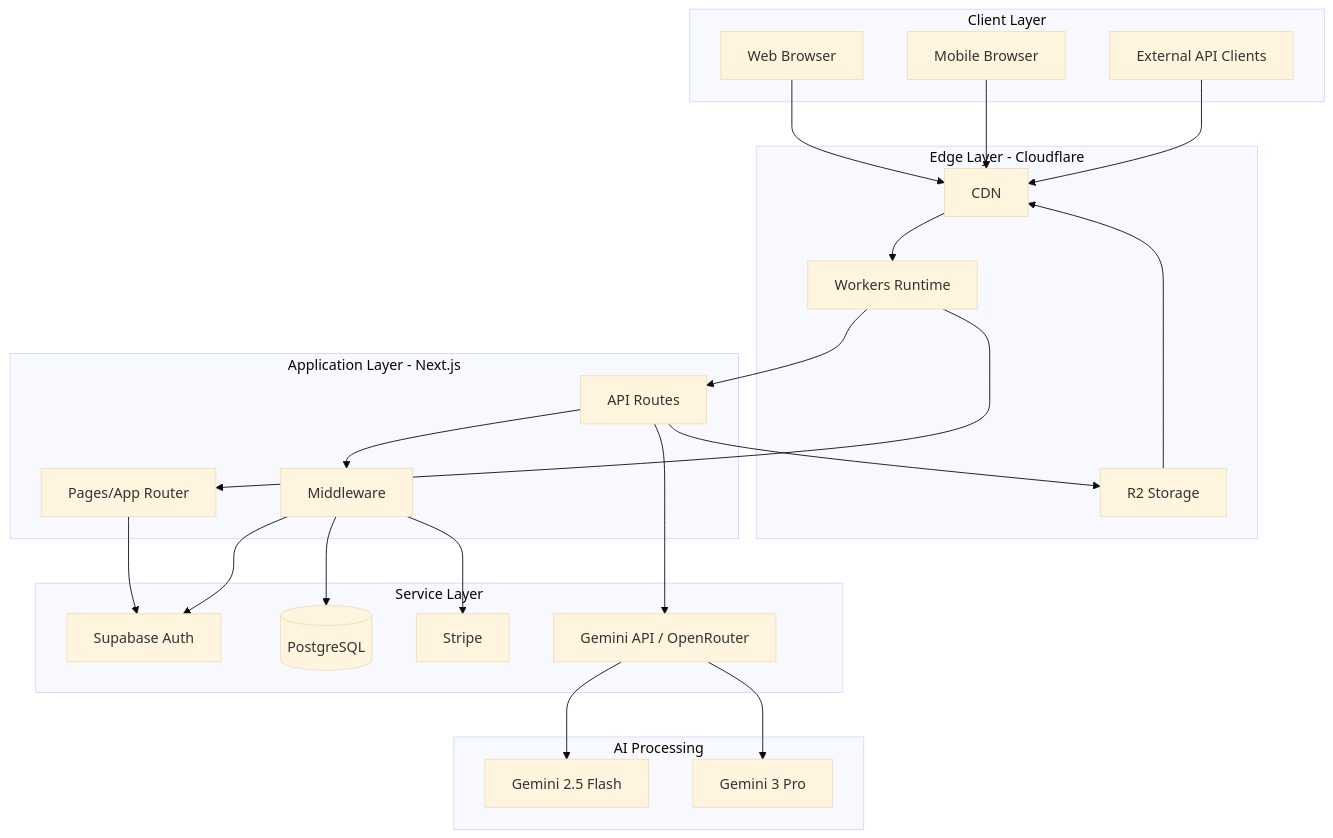
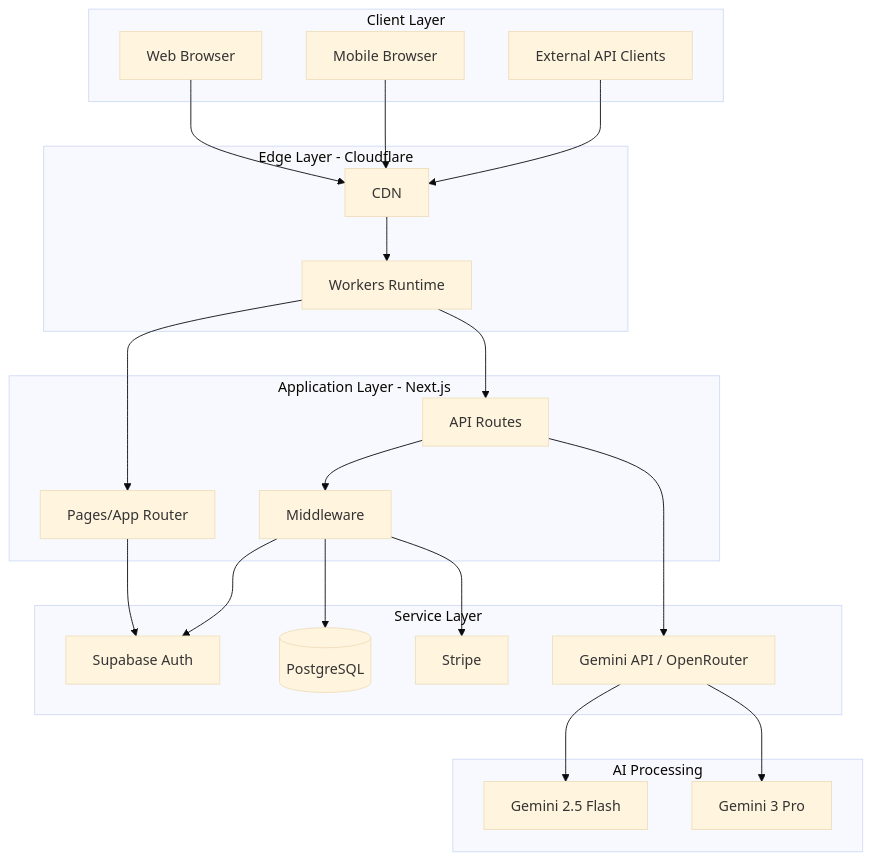
Before and after one commit to jonit-dev/pixelperfect: the first of 10 diagrams in docs/technical/system-architecture.md, drawn with Mermaid (base theme). The commit also changed other lines of this file and 10 other files, not shown here.

````diff
--- a/docs/technical/system-architecture.md
+++ b/docs/technical/system-architecture.md
@@ -7,54 +7,50 @@
 ```mermaid
 graph TB
     subgraph "Client Layer"
         WEB[Web Browser]
         MOBILE[Mobile Browser]
         EXT_API[External API Clients]
     end
 
     subgraph "Edge Layer - Cloudflare"
         CDN[CDN]
         WORKERS[Workers Runtime]
-        R2[R2 Storage]
     end
 
     subgraph "Application Layer - Next.js"
         PAGES[Pages/App Router]
         API[API Routes]
         MW[Middleware]
     end
 
     subgraph "Service Layer"
         AUTH[Supabase Auth]
         DB[(PostgreSQL)]
         STRIPE[Stripe]
         GEMINI[Gemini API / OpenRouter]
     end
 
     subgraph "AI Processing"
         GEMINI_FLASH[Gemini 2.5 Flash]
         GEMINI_PRO[Gemini 3 Pro]
     end
 
     WEB --> CDN
     MOBILE --> CDN
     EXT_API --> CDN
 
     CDN --> WORKERS
     WORKERS --> PAGES
     WORKERS --> API
 
     PAGES --> AUTH
     API --> MW
     MW --> AUTH
     MW --> DB
     MW --> STRIPE
 
     API --> GEMINI
-    API --> R2
 
     GEMINI --> GEMINI_FLASH
     GEMINI --> GEMINI_PRO
-
-    R2 --> CDN
 ```
````
